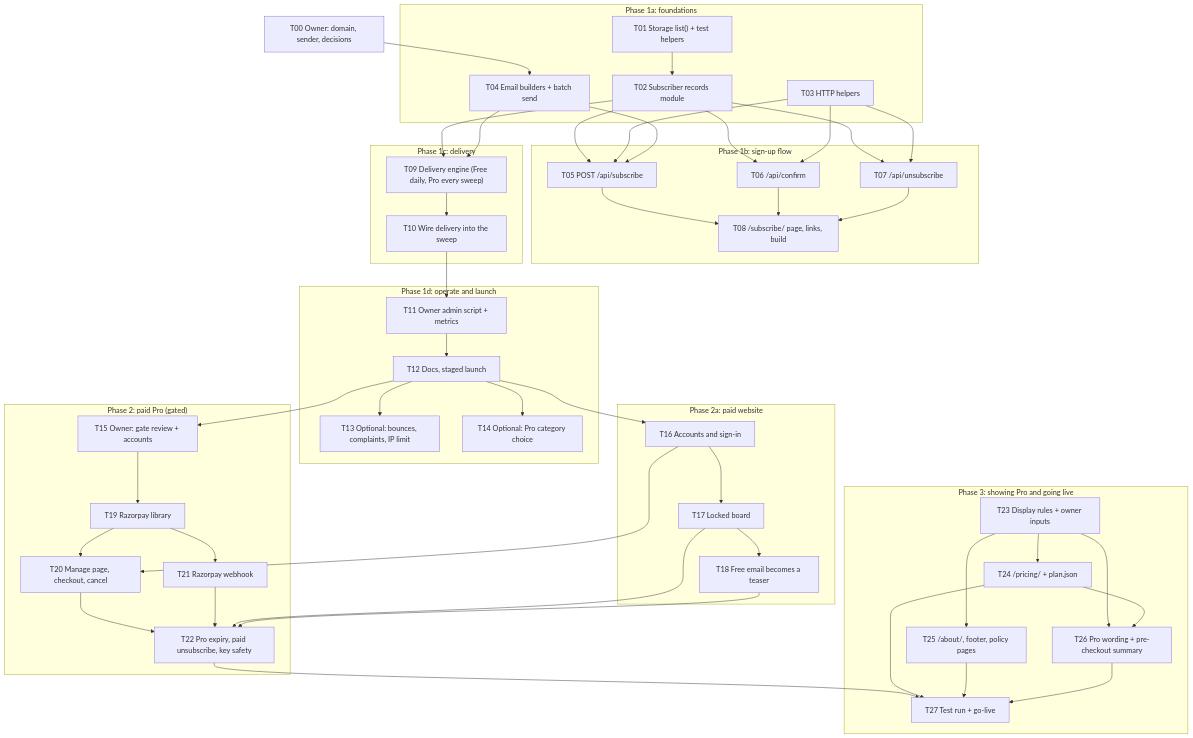
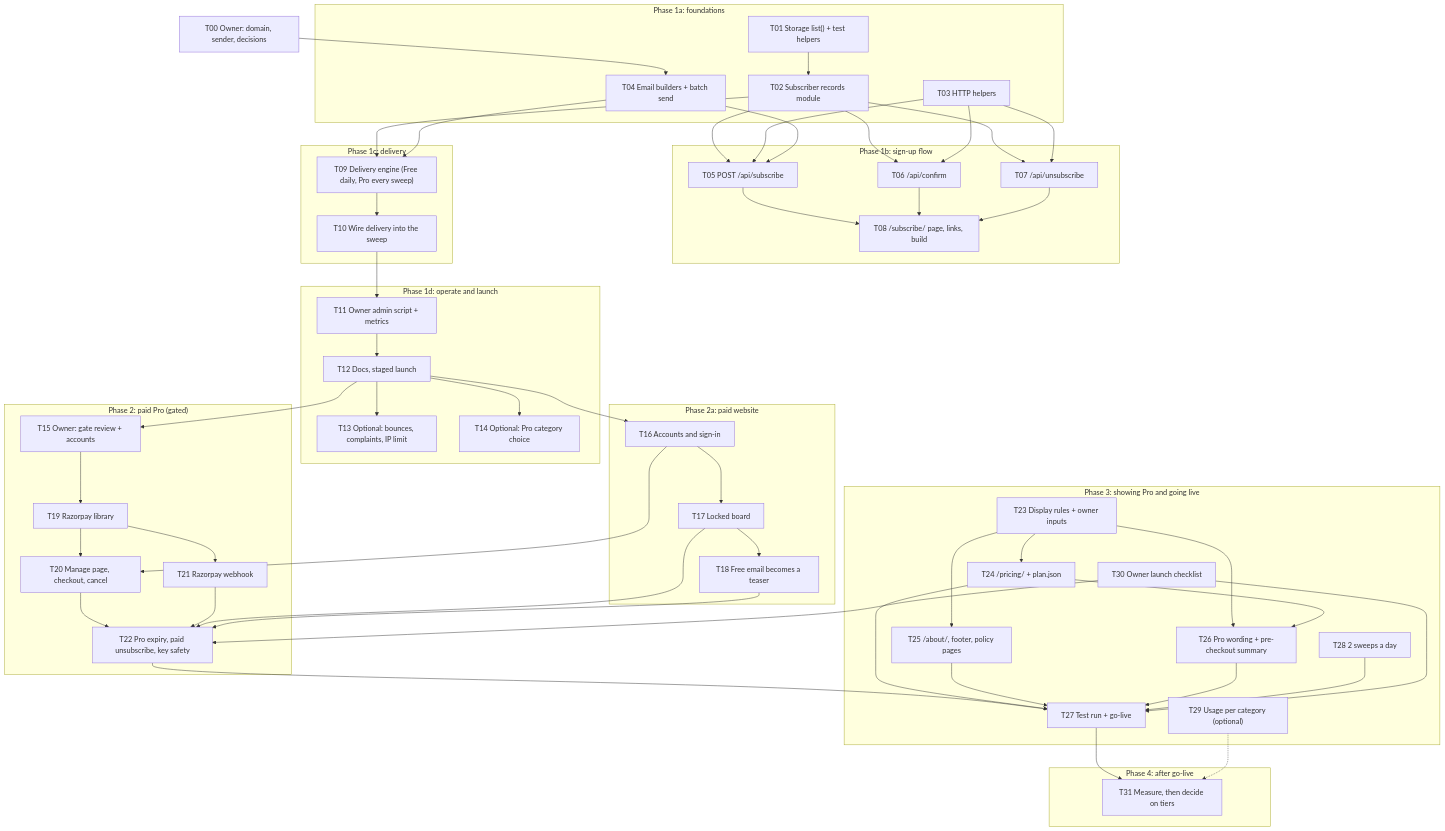
One commit to bhawnamanglapm/travel-problem-radar-case-study changed the diagram in docs/subscriptions/tasks/README.md. Above: the diagram before and after it, drawn with Mermaid. The commit also changed other lines of this file and 2 other files, not shown here.

Commit message:
Tasks: list T28 to T31 in the index, the graph and progress
T27 now also waits for T28 (the pages must state the schedule Pro is sold on)
and T30 (the owner's launch steps).

````diff
--- a/docs/subscriptions/tasks/README.md
+++ b/docs/subscriptions/tasks/README.md
@@ -33,62 +35,71 @@
 ```mermaid
 flowchart TD
   T00["T00 Owner: domain, sender, decisions"]
   subgraph P1A["Phase 1a: foundations"]
     T01["T01 Storage list() + test helpers"]
     T02["T02 Subscriber records module"]
     T03["T03 HTTP helpers"]
     T04["T04 Email builders + batch send"]
   end
   subgraph P1B["Phase 1b: sign-up flow"]
     T05["T05 POST /api/subscribe"]
     T06["T06 /api/confirm"]
     T07["T07 /api/unsubscribe"]
     T08["T08 /subscribe/ page, links, build"]
   end
   subgraph P1C["Phase 1c: delivery"]
     T09["T09 Delivery engine (Free daily, Pro every sweep)"]
     T10["T10 Wire delivery into the sweep"]
   end
   subgraph P1D["Phase 1d: operate and launch"]
     T11["T11 Owner admin script + metrics"]
     T12["T12 Docs, staged launch"]
     T13["T13 Optional: bounces, complaints, IP limit"]
     T14["T14 Optional: Pro category choice"]
   end
   subgraph P2A["Phase 2a: paid website"]
     T16["T16 Accounts and sign-in"]
     T17["T17 Locked board"]
     T18["T18 Free email becomes a teaser"]
   end
   subgraph P2["Phase 2: paid Pro (gated)"]
     T15["T15 Owner: gate review + accounts"]
     T19["T19 Razorpay library"]
     T20["T20 Manage page, checkout, cancel"]
     T21["T21 Razorpay webhook"]
     T22["T22 Pro expiry, paid unsubscribe, key safety"]
   end
   subgraph P3["Phase 3: showing Pro and going live"]
     T23["T23 Display rules + owner inputs"]
     T24["T24 /pricing/ + plan.json"]
     T25["T25 /about/, footer, policy pages"]
     T26["T26 Pro wording + pre-checkout summary"]
     T27["T27 Test run + go-live"]
+    T28["T28 2 sweeps a day"]
+    T29["T29 Usage per category (optional)"]
+    T30["T30 Owner launch checklist"]
+  end
+  subgraph P4["Phase 4: after go-live"]
+    T31["T31 Measure, then decide on tiers"]
   end
   T00 --> T04
   T01 --> T02
   T02 --> T05 & T06 & T07 & T09
   T03 --> T05 & T06 & T07
   T04 --> T05 & T09
   T05 & T06 & T07 --> T08
   T09 --> T10
   T10 --> T11 --> T12
   T12 --> T13 & T14
   T12 --> T15 --> T19 --> T20 & T21
   T20 & T21 --> T22
   T12 --> T16 --> T17 --> T18
   T16 --> T20
   T17 & T18 --> T22
   T23 --> T24 & T25
   T23 & T24 --> T26
-  T22 & T24 & T25 & T26 --> T27
+  T22 & T24 & T25 & T26 & T28 & T30 --> T27
+  T30 --> T22
+  T27 --> T31
+  T29 -.-> T31
 ```
````
